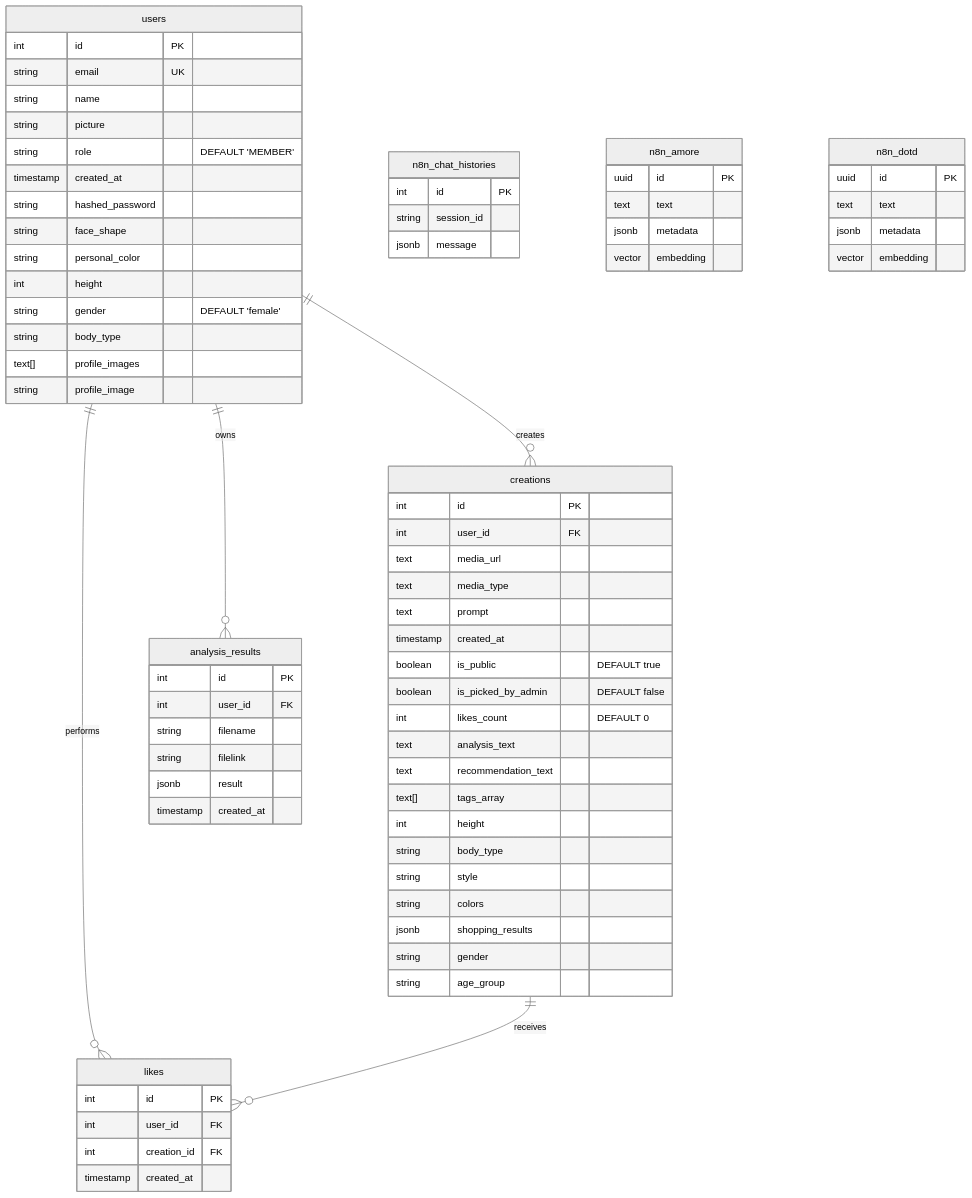
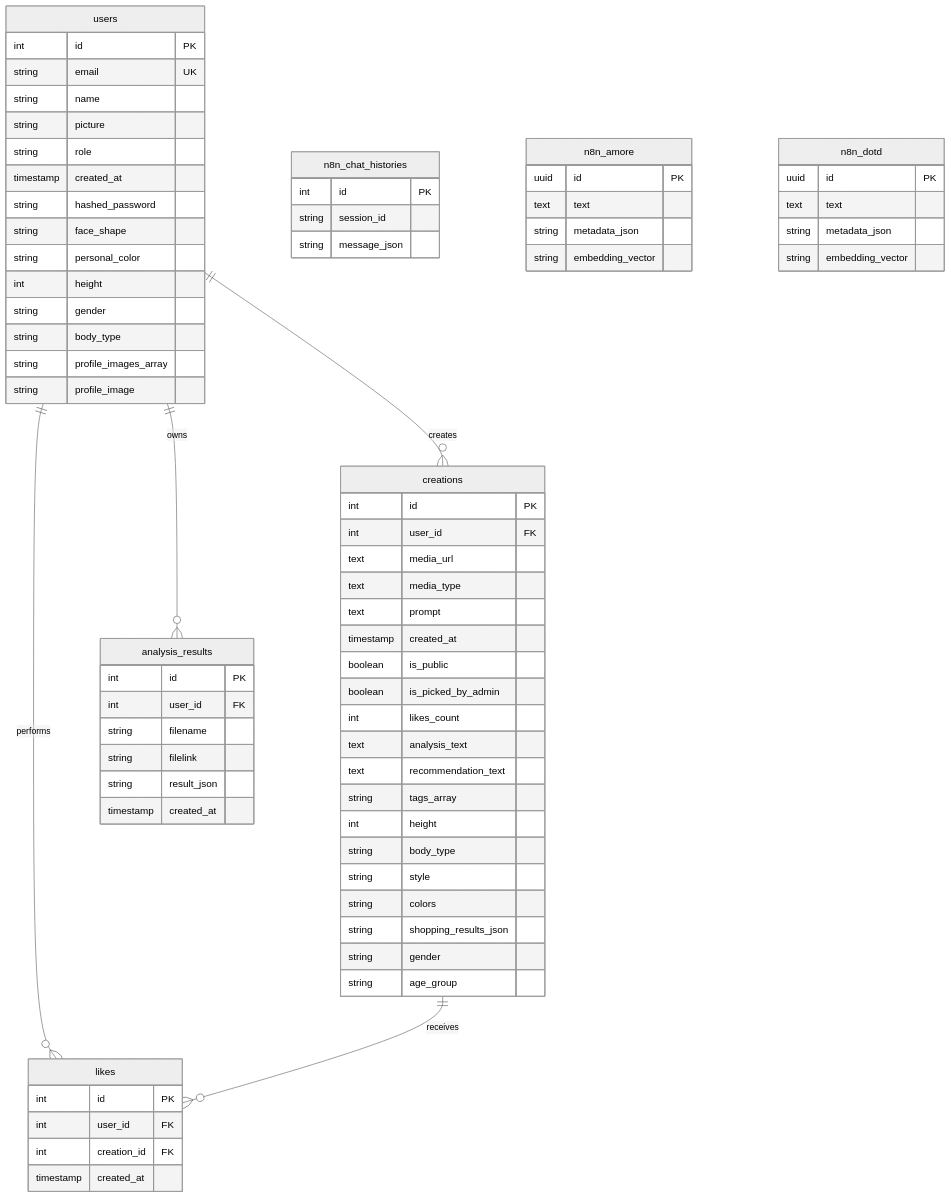
The diagram in docs/erd.md (futureleadet/Project_DOTD_2), drawn with Mermaid (neutral theme) before and after one commit. The commit also changed other lines of this file and 2 other files, not shown here.

````diff
--- a/docs/erd.md
+++ b/docs/erd.md
@@ -9,15 +9,15 @@
         string email UK
         string name
         string picture
-        string role "DEFAULT 'MEMBER'"
+        string role
         timestamp created_at
         string hashed_password
         string face_shape
         string personal_color
         int height
-        string gender "DEFAULT 'female'"
+        string gender
         string body_type
-        text[] profile_images
+        string profile_images_array
         string profile_image
     }
 
@@ -28,17 +28,17 @@
         text media_type
         text prompt
         timestamp created_at
-        boolean is_public "DEFAULT true"
-        boolean is_picked_by_admin "DEFAULT false"
-        int likes_count "DEFAULT 0"
+        boolean is_public
+        boolean is_picked_by_admin
+        int likes_count
         text analysis_text
         text recommendation_text
-        text[] tags_array
+        string tags_array
         int height
         string body_type
         string style
         string colors
-        jsonb shopping_results
+        string shopping_results_json
         string gender
         string age_group
     }
@@ -55,33 +55,33 @@
         int user_id FK
         string filename
         string filelink
-        jsonb result
+        string result_json
         timestamp created_at
     }
 
     n8n_chat_histories {
         int id PK
         string session_id
-        jsonb message
+        string message_json
     }
 
     n8n_amore {
         uuid id PK
         text text
-        jsonb metadata
-        vector embedding
+        string metadata_json
+        string embedding_vector
     }
 
     n8n_dotd {
         uuid id PK
         text text
-        jsonb metadata
-        vector embedding
+        string metadata_json
+        string embedding_vector
     }
 
     %% Relationships
-    users ||--o{ creations : "creates"
-    users ||--o{ likes : "performs"
-    creations ||--o{ likes : "receives"
-    users ||--o{ analysis_results : "owns"
+    users ||--o{ creations : creates
+    users ||--o{ likes : performs
+    creations ||--o{ likes : receives
+    users ||--o{ analysis_results : owns
 ```
````
